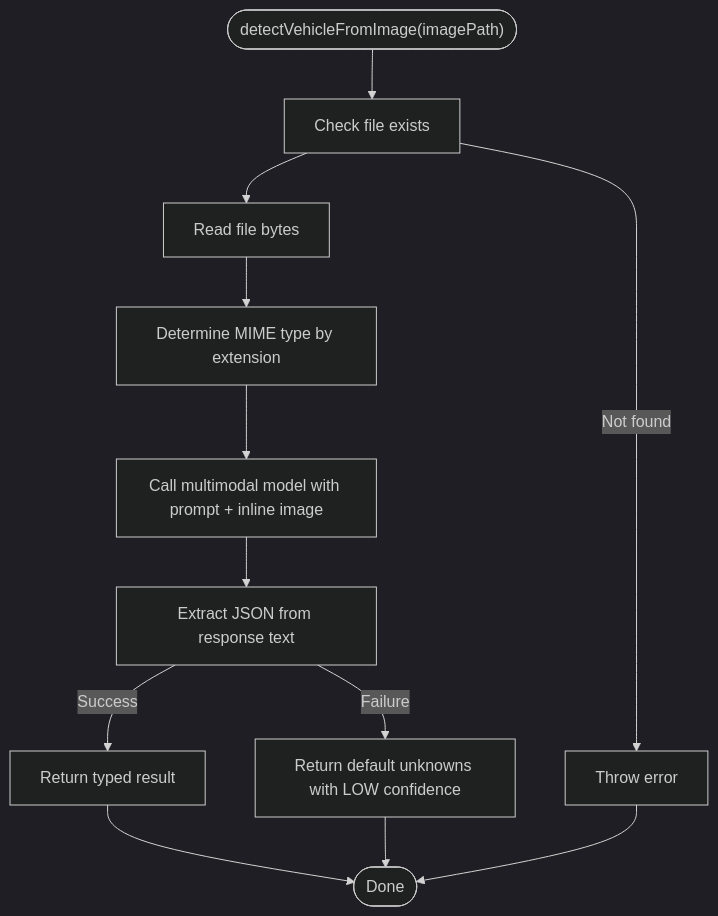
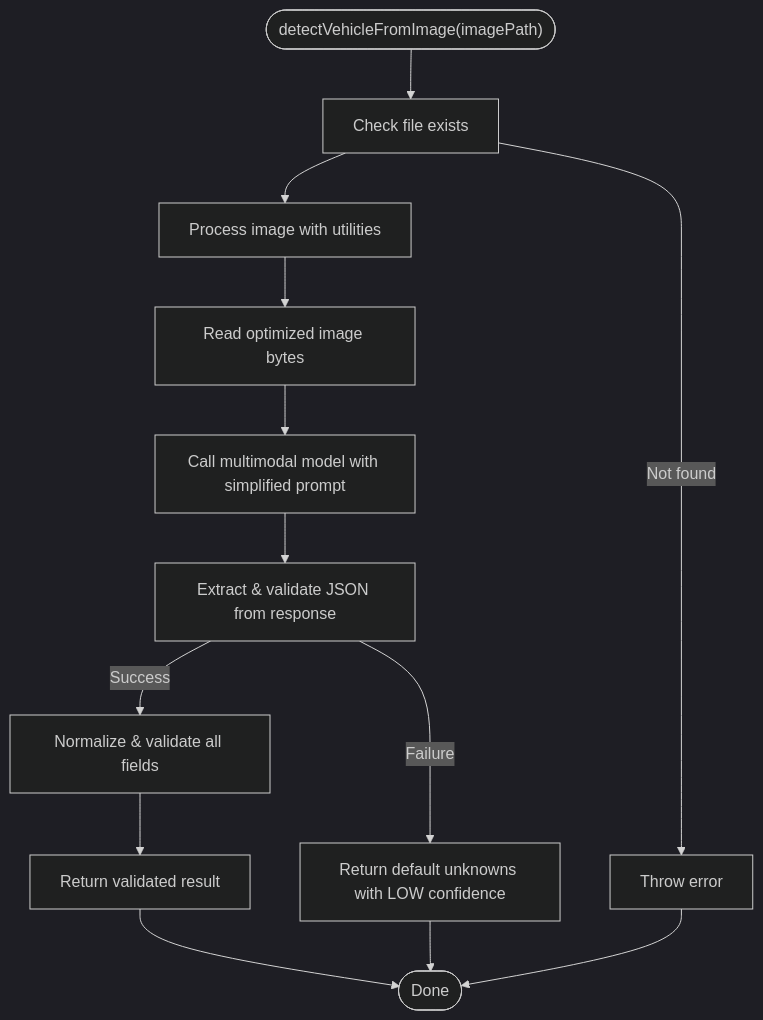
Before and after one commit to NaveenHiranya/Smart-Vehicle-Insurance-Claim-System: the third of 4 diagrams in .qoder/repowiki/en/content/Backend Documentation/Business Logic & Services/Vehicle Detection Service.md, drawn with Mermaid (dark theme). The commit also changed other lines of this file and 33 other files, not shown here.

Commit message:
fex: ai image process problem

````diff
--- a/.qoder/repowiki/en/content/Backend Documentation/Business Logic & Services/Vehicle Detection Service.md
+++ b/.qoder/repowiki/en/content/Backend Documentation/Business Logic & Services/Vehicle Detection Service.md
@@ -149,14 +164,15 @@
 ```mermaid
 flowchart TD
 Start(["detectVehicleFromImage(imagePath)"]) --> CheckFile["Check file exists"]
 CheckFile --> |Not found| ThrowErr["Throw error"]
-CheckFile --> ReadFile["Read file bytes"]
-ReadFile --> Mime["Determine MIME type by extension"]
-Mime --> CallAI["Call multimodal model with prompt + inline image"]
-CallAI --> Parse["Extract JSON from response text"]
-Parse --> |Success| ReturnRes["Return typed result"]
+CheckFile --> ProcessImg["Process image with utilities"]
+ProcessImg --> ReadFile["Read optimized image bytes"]
+ReadFile --> CallAI["Call multimodal model with simplified prompt"]
+CallAI --> Parse["Extract & validate JSON from response"]
+Parse --> |Success| Normalize["Normalize & validate all fields"]
 Parse --> |Failure| Fallback["Return default unknowns with LOW confidence"]
+Normalize --> ReturnRes["Return validated result"]
 ReturnRes --> End(["Done"])
 Fallback --> End
 ThrowErr --> End
 ```
````
